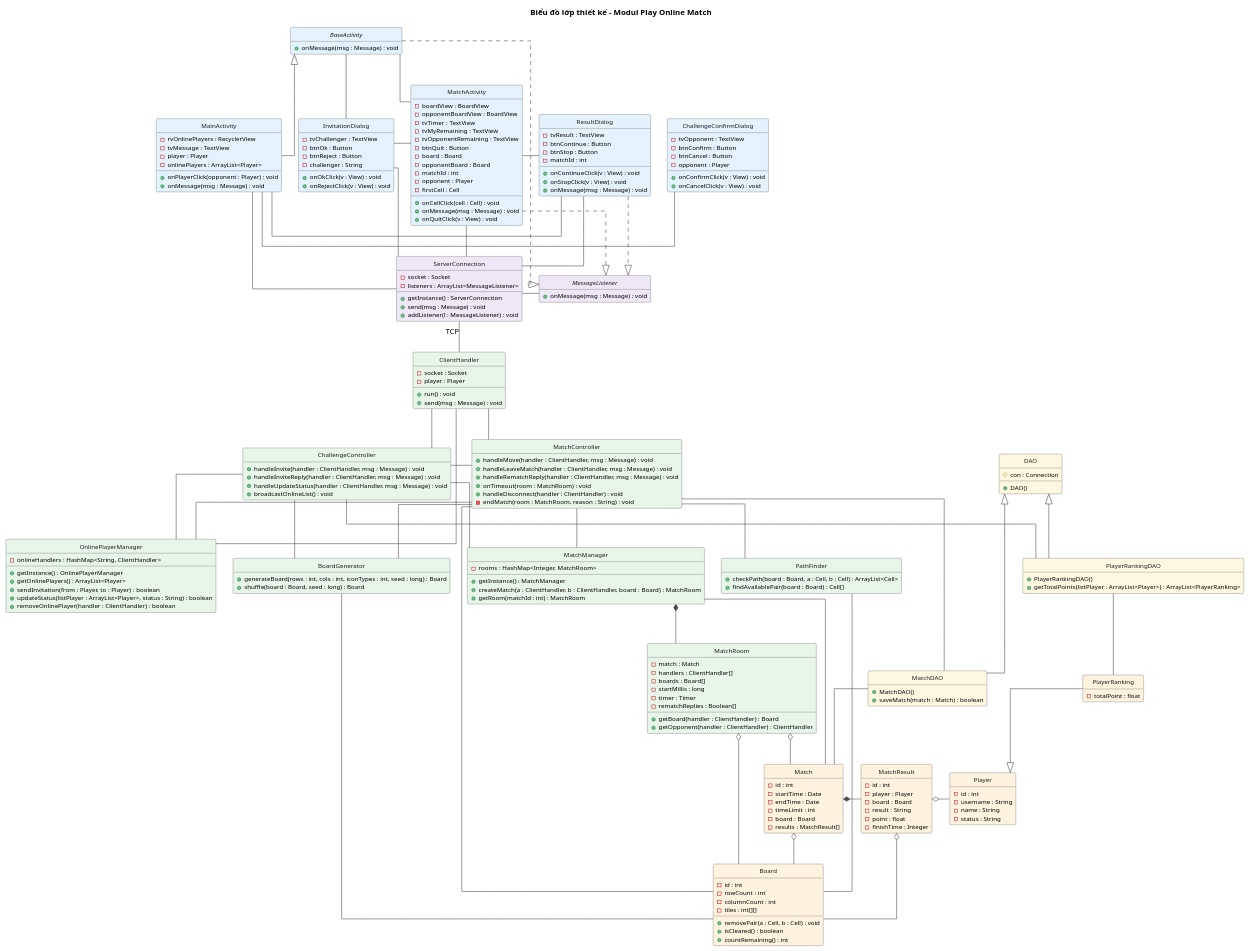
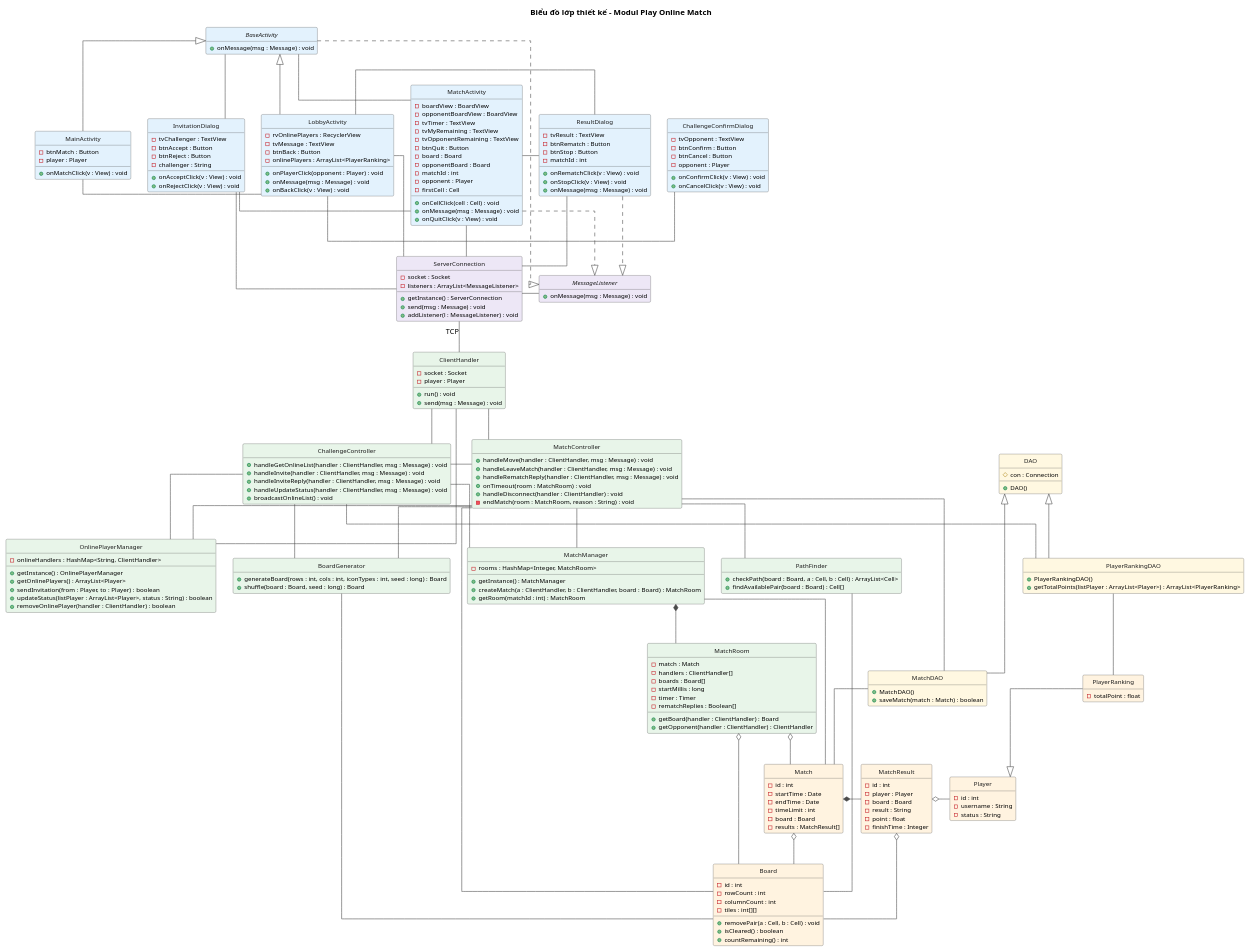
The diagram in docs/uml/pha3/class-design-m4.puml (VattenL/mobile-pikachu), drawn with PlantUML before and after one commit. The commit also changed 56 other files, not shown here.

First line of the commit message:
docs: guests, lobby screen, ranking pages and rematch wording

```diff
--- a/docs/uml/pha3/class-design-m4.puml
+++ b/docs/uml/pha3/class-design-m4.puml
@@ -30,20 +30,27 @@
 }
 
 class MainActivity #E3F2FD {
+  - btnMatch : Button
+  - player : Player
+  + onMatchClick(v : View) : void
+}
+
+class LobbyActivity #E3F2FD {
   - rvOnlinePlayers : RecyclerView
   - tvMessage : TextView
-  - player : Player
-  - onlinePlayers : ArrayList<Player>
+  - btnBack : Button
+  - onlinePlayers : ArrayList<PlayerRanking>
   + onPlayerClick(opponent : Player) : void
   + onMessage(msg : Message) : void
+  + onBackClick(v : View) : void
 }
 
 class InvitationDialog #E3F2FD {
   - tvChallenger : TextView
-  - btnOk : Button
+  - btnAccept : Button
   - btnReject : Button
   - challenger : String
-  + onOkClick(v : View) : void
+  + onAcceptClick(v : View) : void
   + onRejectClick(v : View) : void
 }
 
@@ -66,10 +73,10 @@
 
 class ResultDialog #E3F2FD {
   - tvResult : TextView
-  - btnContinue : Button
+  - btnRematch : Button
   - btnStop : Button
   - matchId : int
-  + onContinueClick(v : View) : void
+  + onRematchClick(v : View) : void
   + onStopClick(v : View) : void
   + onMessage(msg : Message) : void
 }
@@ -96,6 +103,7 @@
 }
 
 class ChallengeController #E8F5E9 {
+  + handleGetOnlineList(handler : ClientHandler, msg : Message) : void
   + handleInvite(handler : ClientHandler, msg : Message) : void
   + handleInviteReply(handler : ClientHandler, msg : Message) : void
   + handleUpdateStatus(handler : ClientHandler, msg : Message) : void
@@ -168,7 +176,6 @@
 class Player #FFF3E0 {
   - id : int
   - username : String
-  - name : String
   - status : String
 }
 
@@ -205,19 +212,21 @@
 }
 
 ' giao dien
-MainActivity -left- ChallengeConfirmDialog
+MainActivity -right- LobbyActivity
+LobbyActivity -left- ChallengeConfirmDialog
 BaseActivity -right- InvitationDialog
 InvitationDialog -right- MatchActivity
 MatchActivity -right- ResultDialog
-ResultDialog -[norank]- MainActivity
+ResultDialog -[norank]- LobbyActivity
 MainActivity -up-|> BaseActivity
+LobbyActivity -up-|> BaseActivity
 BaseActivity ..|> MessageListener
 MatchActivity ..|> MessageListener
 ResultDialog ..|> MessageListener
 BaseActivity -[norank]- MatchActivity
 
 ' giao dien - mang
-MainActivity -down- ServerConnection
+LobbyActivity -down- ServerConnection
 InvitationDialog -down- ServerConnection
 MatchActivity -down- ServerConnection
 ResultDialog -down- ServerConnection
```
